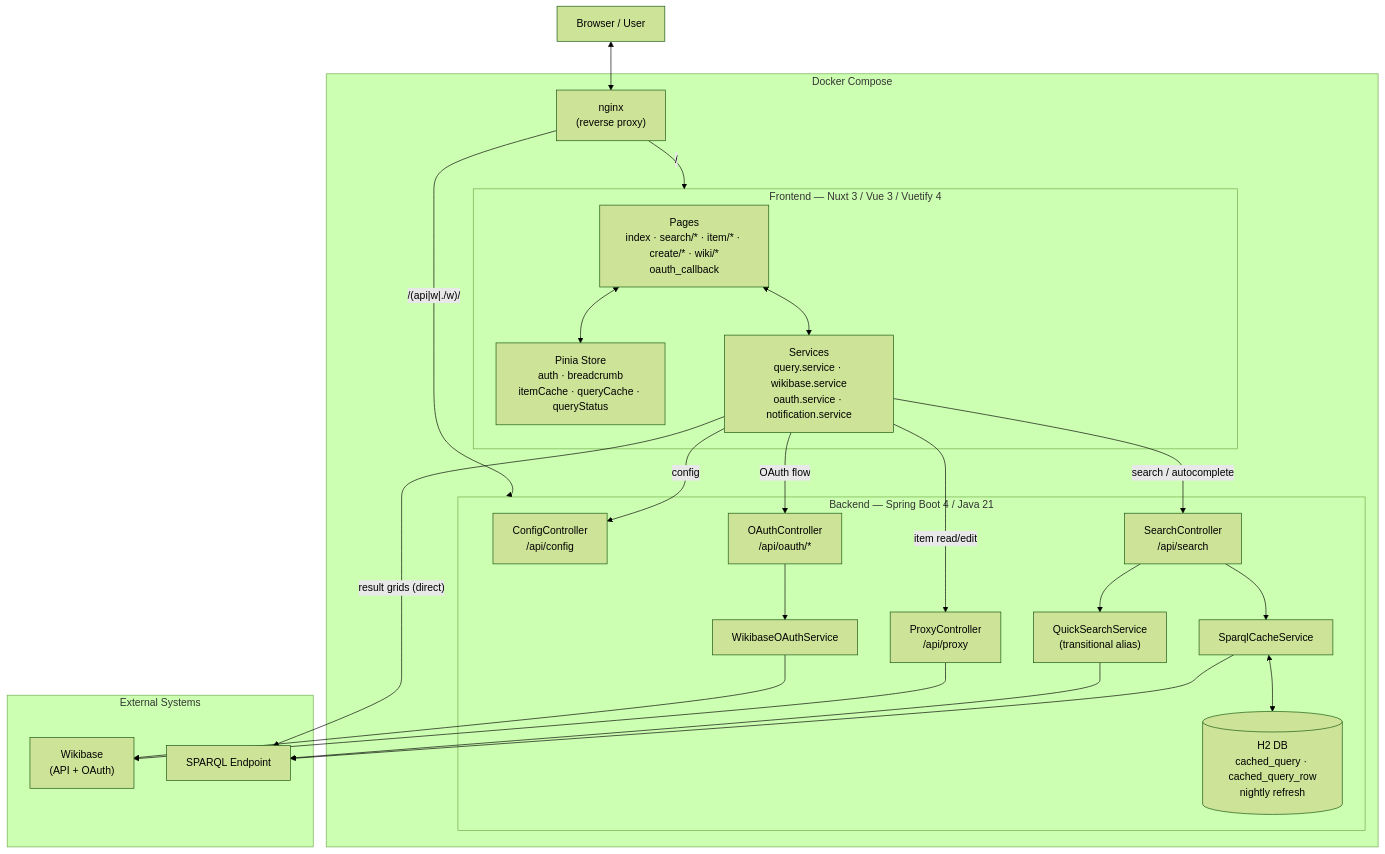
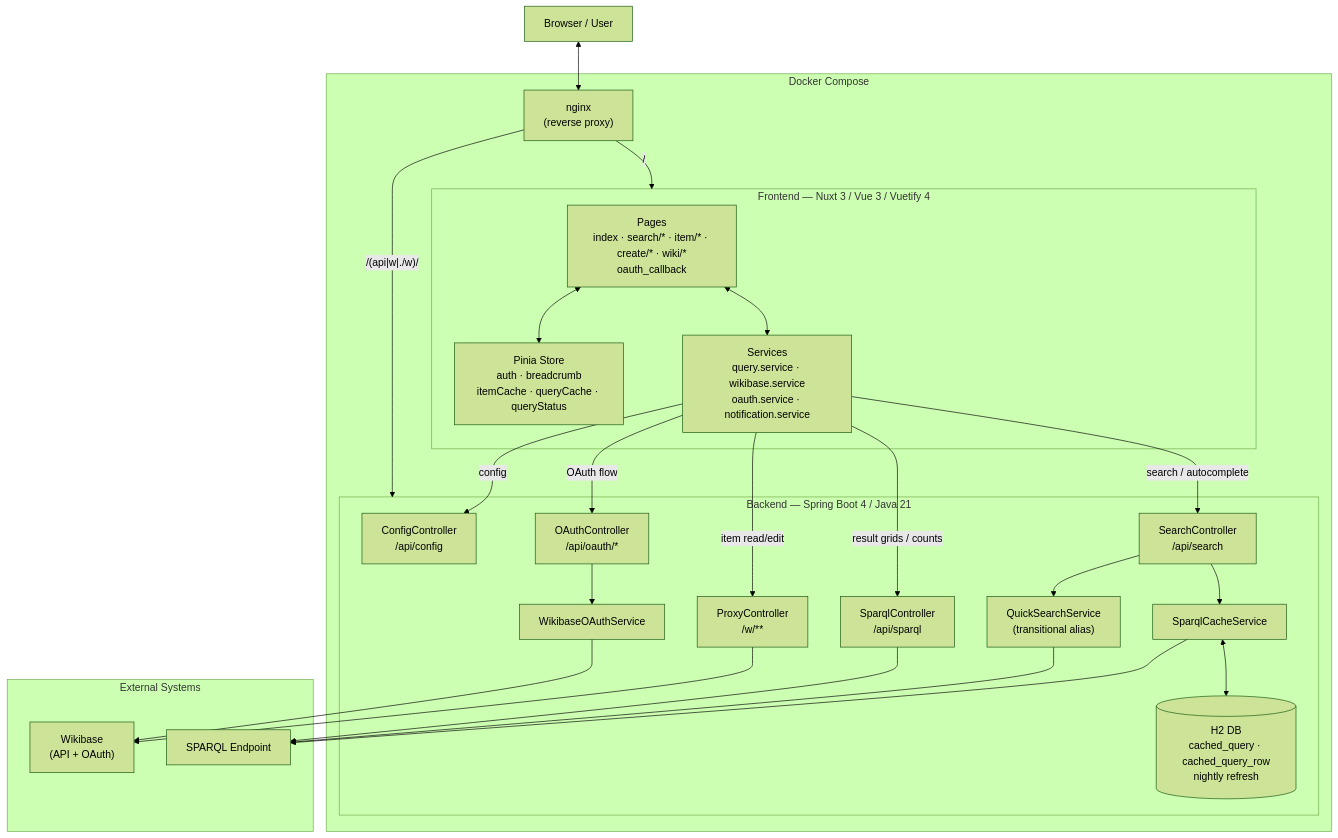
Before and after one commit to PhiloBiblon/philobiblon-ui: the second of 3 diagrams in docs/README.md, drawn with Mermaid (forest theme). The commit also changed other lines of this file and 10 other files, not shown here.

````diff
--- a/docs/README.md
+++ b/docs/README.md
@@ -40,54 +38,56 @@
 ```mermaid
 graph TB
     User["Browser / User"]
 
     subgraph Docker["Docker Compose"]
         Nginx["nginx\n(reverse proxy)"]
 
         subgraph FE["Frontend — Nuxt 3 / Vue 3 / Vuetify 4"]
             Pages["Pages\nindex · search/* · item/* · create/* · wiki/*\noauth_callback"]
             Store["Pinia Store\nauth · breadcrumb\nitemCache · queryCache · queryStatus"]
             Services["Services\nquery.service · wikibase.service\noauth.service · notification.service"]
             Pages <--> Store
             Pages <--> Services
         end
 
         subgraph BE["Backend — Spring Boot 4 / Java 21"]
             ConfigCtrl["ConfigController\n/api/config"]
             OAuthCtrl["OAuthController\n/api/oauth/*"]
             SearchCtrl["SearchController\n/api/search"]
-            ProxyCtrl["ProxyController\n/api/proxy"]
+            ProxyCtrl["ProxyController\n/w/**"]
+            SparqlCtrl["SparqlController\n/api/sparql"]
 
             CacheSvc["SparqlCacheService"]
             QuickSvc["QuickSearchService\n(transitional alias)"]
             OAuthSvc["WikibaseOAuthService"]
 
             Cache[("H2 DB\ncached_query · cached_query_row\nnightly refresh")]
 
             SearchCtrl --> CacheSvc
             SearchCtrl --> QuickSvc
             OAuthCtrl --> OAuthSvc
             CacheSvc <--> Cache
         end
     end
 
     subgraph External["External Systems"]
         Wikibase["Wikibase\n(API + OAuth)"]
         SPARQL["SPARQL Endpoint"]
     end
 
     User <--> Nginx
     Nginx -- "/" --> FE
     Nginx -- "/(api|w|./w)/" --> BE
 
     Services -- "item read/edit" --> ProxyCtrl
+    Services -- "result grids / counts" --> SparqlCtrl
     Services -- "search / autocomplete" --> SearchCtrl
     Services -- "OAuth flow" --> OAuthCtrl
     Services -- "config" --> ConfigCtrl
 
     CacheSvc --> SPARQL
     QuickSvc --> SPARQL
-    Services -- "result grids (direct)" --> SPARQL
+    SparqlCtrl --> SPARQL
     ProxyCtrl --> Wikibase
     OAuthSvc --> Wikibase
 ```
````
